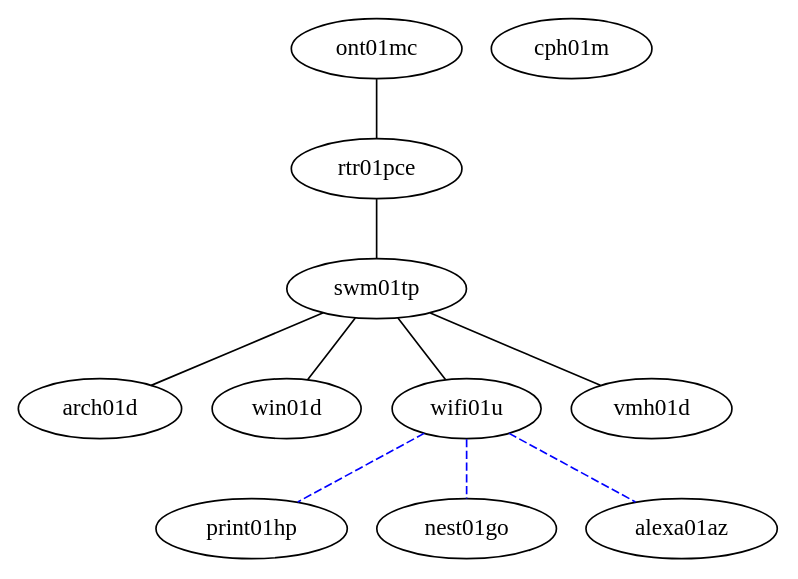
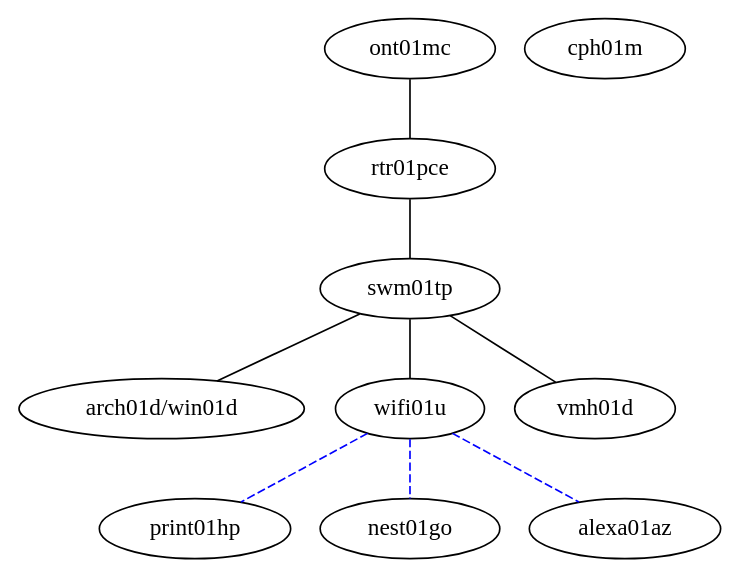
One commit to jrddunbr/sysconfig changed the diagram in vars/network.dot. Above: the diagram before and after it, drawn with Graphviz. The commit also changed 3 other files, not shown here.

```diff
--- a/vars/network.dot
+++ b/vars/network.dot
@@ -1,23 +1,21 @@
 graph {
   ont01mc
   rtr01pce
   swm01tp
-  arch01d
-  win01d
+  arch01d [label="arch01d/win01d"]
   wifi01u
   vmh01d
   print01hp
   nest01go
   alexa01az
   cph01m
 
   ont01mc -- rtr01pce
   rtr01pce -- swm01tp
   swm01tp -- arch01d
-  swm01tp -- win01d
   swm01tp -- wifi01u
   swm01tp -- vmh01d
   wifi01u -- print01hp [style=dashed, color=blue]
   wifi01u -- nest01go [style=dashed, color=blue]
   wifi01u -- alexa01az [style=dashed, color=blue]
 }
```
